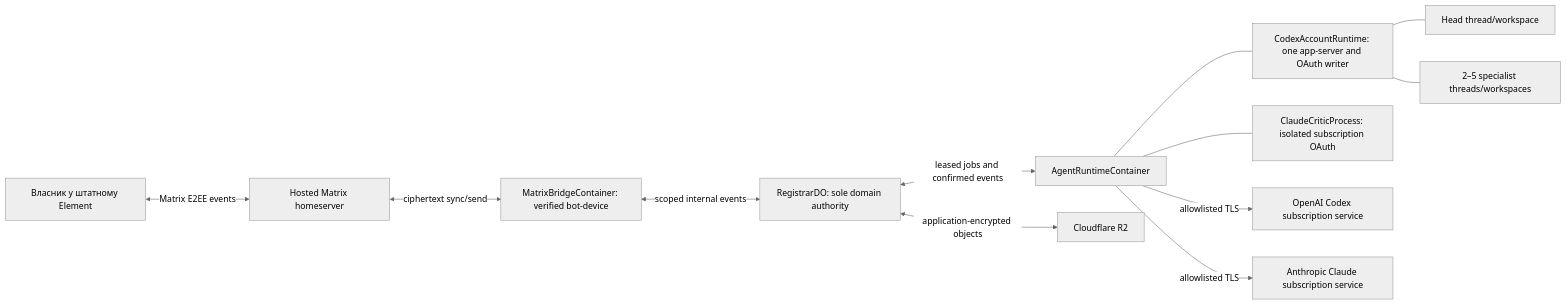
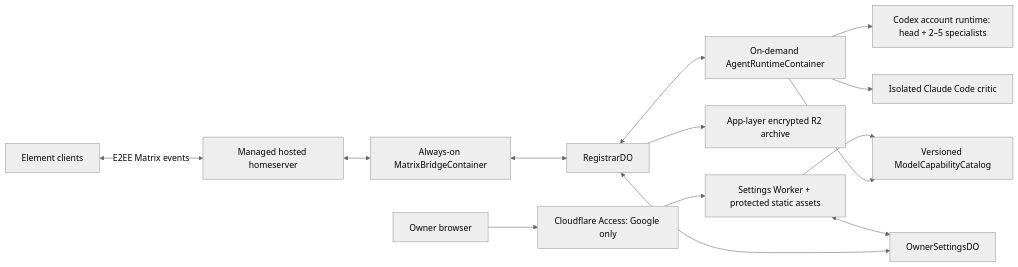
One commit to Ingwarski/personal-ai-consulting-group-godaddy changed the diagram in docs/architecture.md. Above: the diagram before and after it, drawn with Mermaid (neutral theme). The commit also changed other lines of this file and 12 other files, not shown here.

Commit message:
docs: define secure owner settings

````diff
--- a/docs/architecture.md
+++ b/docs/architecture.md
@@ -65,14 +76,16 @@
 ```mermaid
 flowchart LR
-    U["Власник у штатному Element"] <-->|"Matrix E2EE events"| H["Hosted Matrix homeserver"]
-    H <-->|"ciphertext sync/send"| B["MatrixBridgeContainer: verified bot-device"]
-    B <-->|"scoped internal events"| R["RegistrarDO: sole domain authority"]
-    R <-->|"leased jobs and confirmed events"| A["AgentRuntimeContainer"]
-    A --- CA["CodexAccountRuntime: one app-server and OAuth writer"]
-    CA --- CH["Head thread/workspace"]
-    CA --- CS["2–5 specialist threads/workspaces"]
-    A --- CL["ClaudeCriticProcess: isolated subscription OAuth"]
-    R <-->|"application-encrypted objects"| O["Cloudflare R2"]
-    A -->|"allowlisted TLS"| OP["OpenAI Codex subscription service"]
-    A -->|"allowlisted TLS"| AP["Anthropic Claude subscription service"]
+    E["Element clients"] <-->|"E2EE Matrix events"| H["Managed hosted homeserver"]
+    H <--> B["Always-on MatrixBridgeContainer"]
+    B <--> R["RegistrarDO"]
+    R <--> A["On-demand AgentRuntimeContainer"]
+    A --> C["Codex account runtime: head + 2–5 specialists"]
+    A --> K["Isolated Claude Code critic"]
+    R --> X["App-layer encrypted R2 archive"]
+    W["Owner browser"] --> Z["Cloudflare Access: Google only"]
+    Z --> S["Settings Worker + protected static assets"]
+    S <--> O["OwnerSettingsDO"]
+    R <--> O
+    S --> M["Versioned ModelCapabilityCatalog"]
+    A --> M
 ```
````
